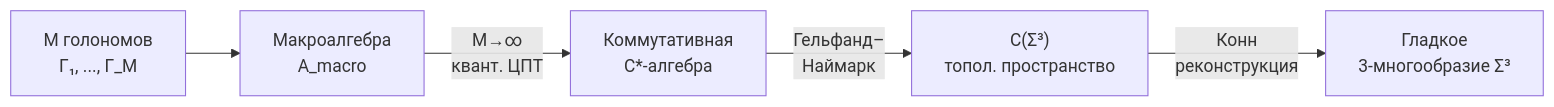
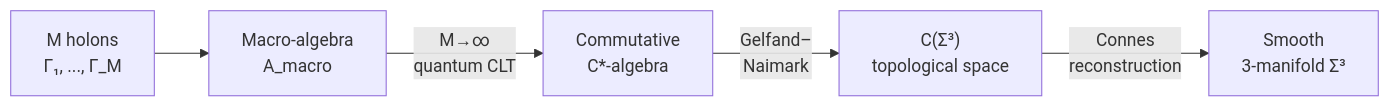
The diagram in website/docs/physics/gravity/emergent-geometry.md (gst-st/uhm), drawn with Mermaid before and after one commit. The commit also changed other lines of this file and 39 other files, not shown here.

````diff
--- a/website/docs/physics/gravity/emergent-geometry.md
+++ b/website/docs/physics/gravity/emergent-geometry.md
@@ -82,7 +82,7 @@
 ```mermaid
 graph LR
-    A["M голономов<br/>Γ₁, ..., Γ_M"] --> B["Макроалгебра<br/>A_macro"]
-    B --> |"M→∞<br/>квант. ЦПТ"| C["Коммутативная<br/>C*-алгебра"]
-    C --> |"Гельфанд–<br/>Наймарк"| D["C(Σ³)<br/>топол. пространство"]
-    D --> |"Конн<br/>реконструкция"| E["Гладкое<br/>3-многообразие Σ³"]
+    A["M holons<br/>Γ₁, ..., Γ_M"] --> B["Macro-algebra<br/>A_macro"]
+    B --> |"M→∞<br/>quantum CLT"| C["Commutative<br/>C*-algebra"]
+    C --> |"Gelfand–<br/>Naimark"| D["C(Σ³)<br/>topological space"]
+    D --> |"Connes<br/>reconstruction"| E["Smooth<br/>3-manifold Σ³"]
 ```
````
